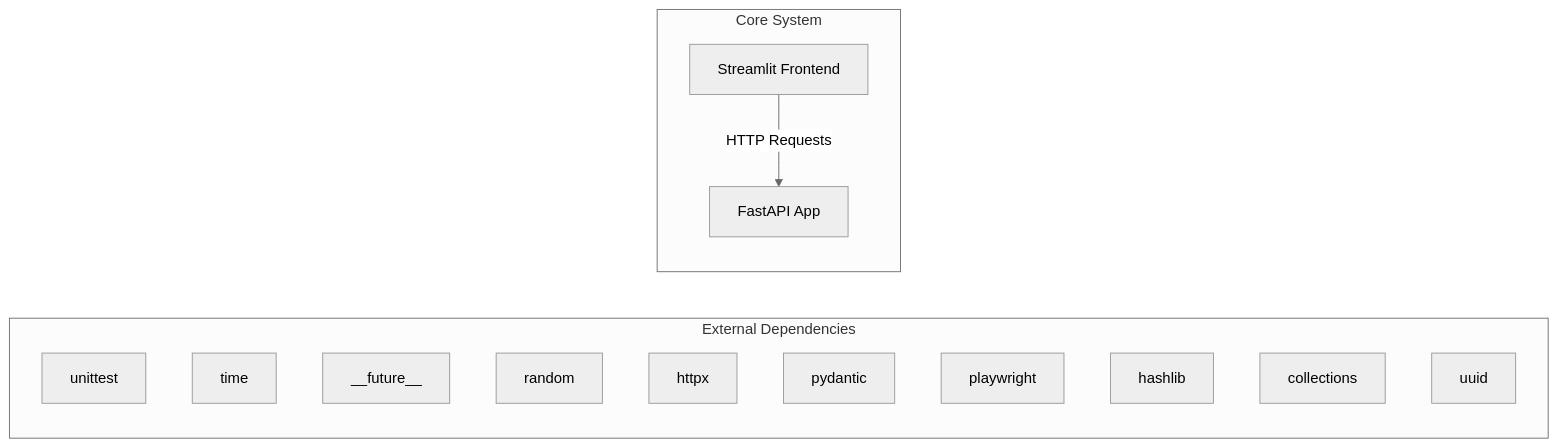
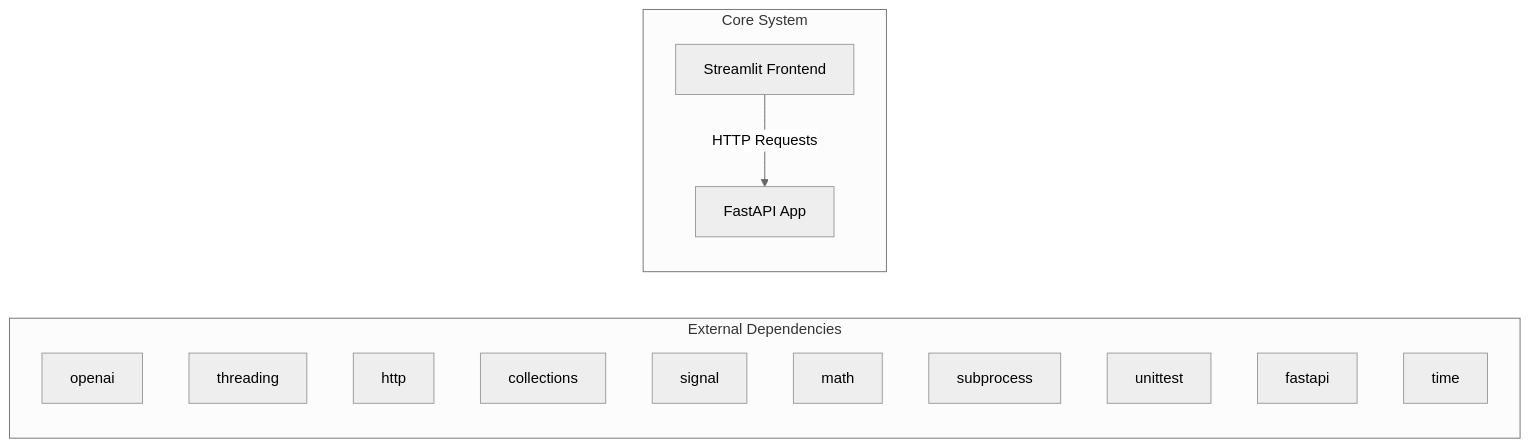
The first of 2 diagrams in docs/architecture.md (NITISH-R-G/rag-context-optimizer), drawn with Mermaid (neutral theme) before and after one commit. The commit also changed 1 other file, not shown here.

Commit message:
docs: auto-update repository knowledge, architecture diagrams, and documentation

````diff
--- a/docs/architecture.md
+++ b/docs/architecture.md
@@ -7,20 +7,20 @@
 ```mermaid
 graph LR
     subgraph External Dependencies
-        E0["unittest"]
-        E1["time"]
-        E2["__future__"]
-        E3["random"]
-        E4["httpx"]
-        E5["pydantic"]
-        E6["playwright"]
-        E7["hashlib"]
-        E8["collections"]
-        E9["uuid"]
+        E0["openai"]
+        E1["threading"]
+        E2["http"]
+        E3["collections"]
+        E4["signal"]
+        E5["math"]
+        E6["subprocess"]
+        E7["unittest"]
+        E8["fastapi"]
+        E9["time"]
     end
     subgraph Core System
         API["FastAPI App"]
         UI["Streamlit Frontend"]
     end
     UI -->|HTTP Requests| API
 ```
````
